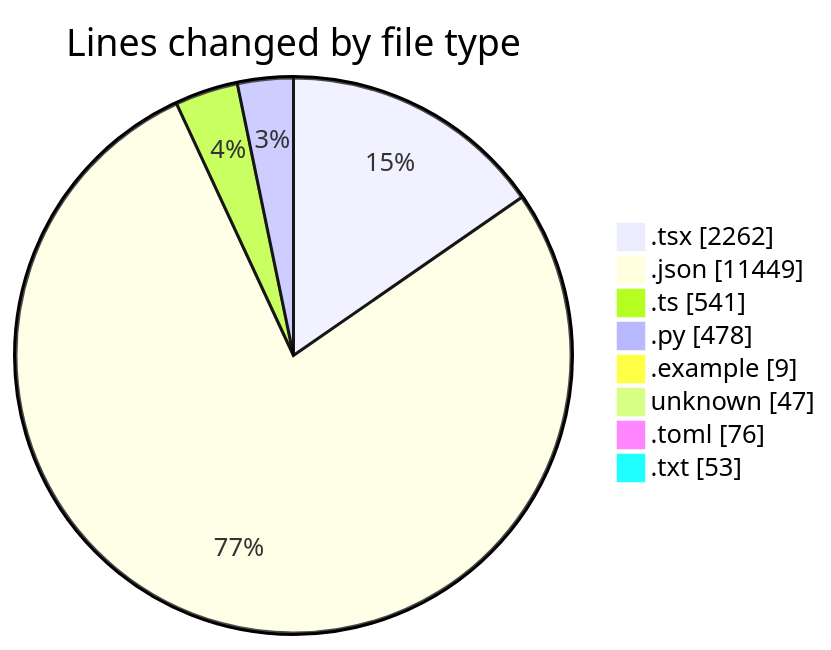
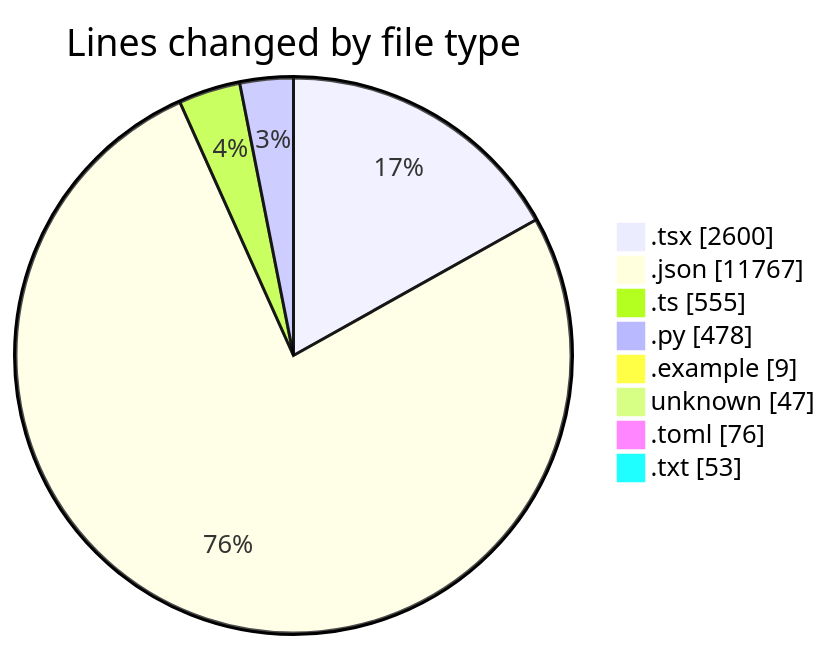
Before and after one commit to Elitesun/code-tracking: the first of 2 diagrams in 2025-04-30/niten/README.md, drawn with Mermaid. The commit also changed other lines of this file and 1 other file, not shown here.

````diff
--- a/2025-04-30/niten/README.md
+++ b/2025-04-30/niten/README.md
@@ -69,12 +73,12 @@
 ```mermaid
 pie showData
 title Lines changed by file type
-".tsx" : 2262
-".json" : 11449
-".ts" : 541
+".tsx" : 2600
+".json" : 11767
+".ts" : 555
 ".py" : 478
 ".example" : 9
 "unknown" : 47
 ".toml" : 76
 ".txt" : 53
 ```
````
